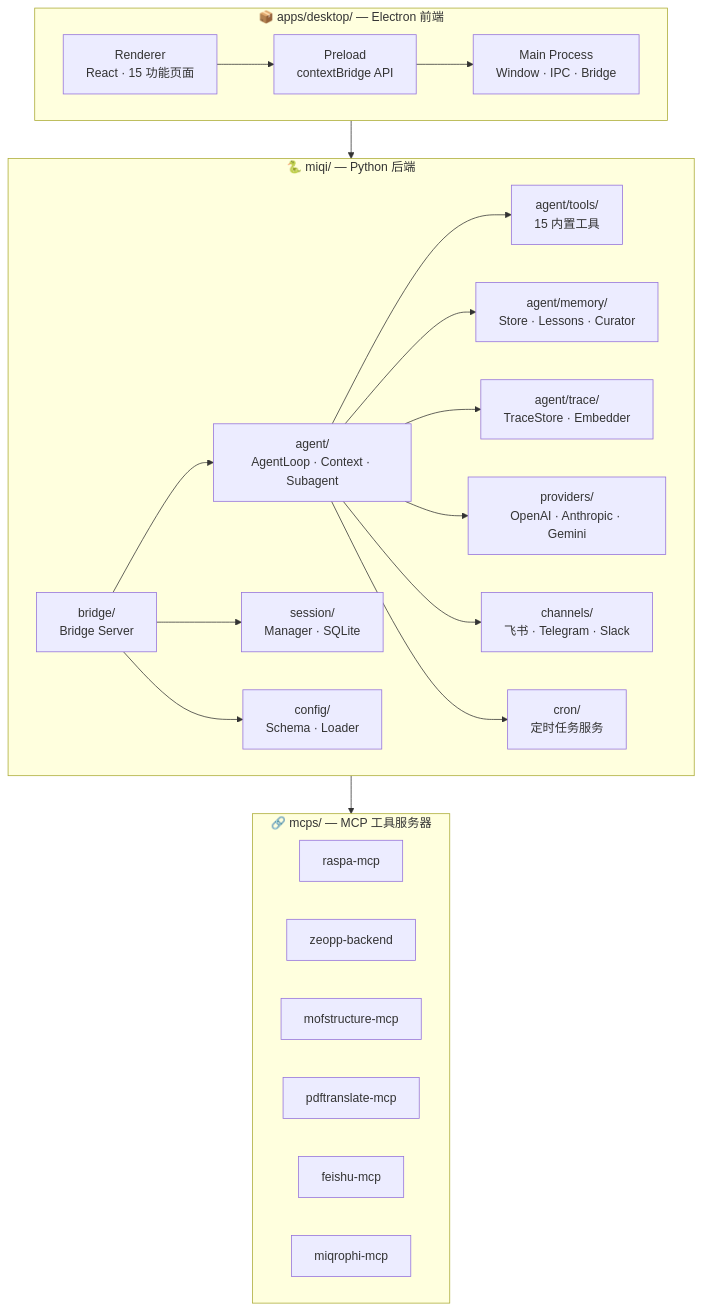
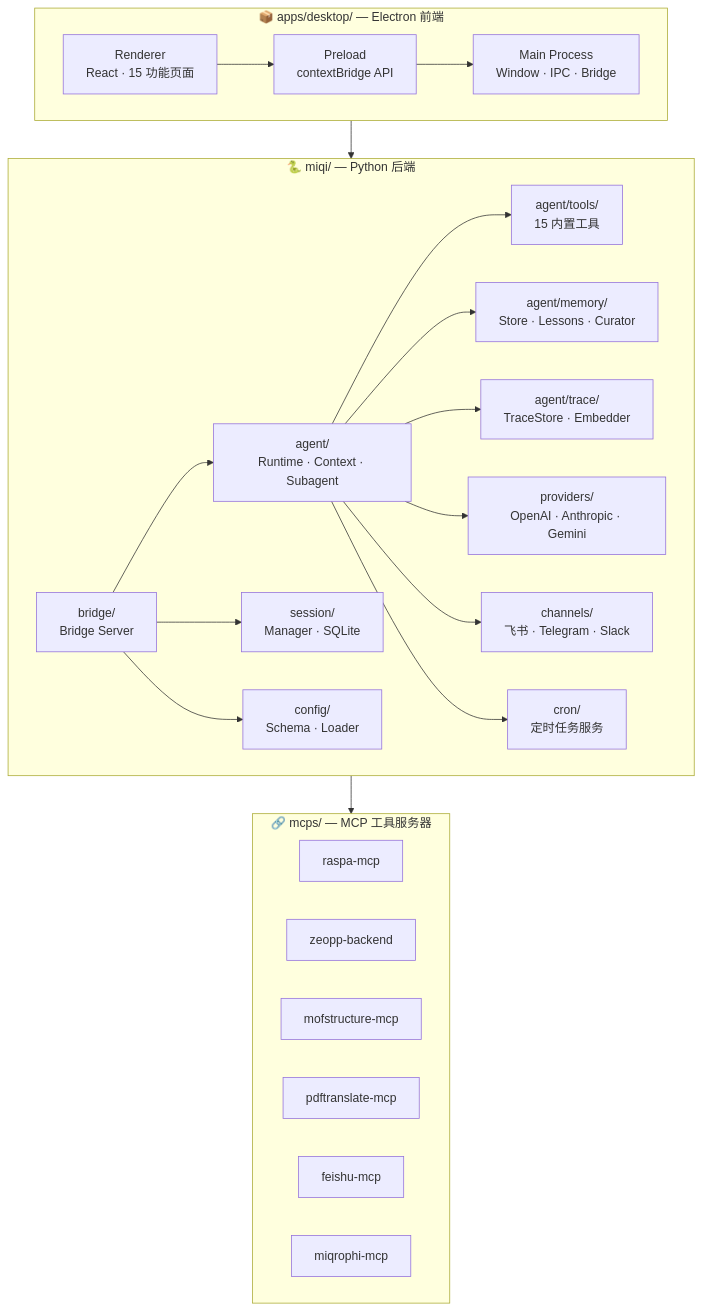
The diagram in docs/architecture/project-structure.md (14790897/MiQi), drawn with Mermaid before and after one commit. The commit also changed other lines of this file and 22 other files, not shown here.

Commit message:
docs(architecture): describe runtime-owned execution

````diff
--- a/docs/architecture/project-structure.md
+++ b/docs/architecture/project-structure.md
@@ -5,46 +5,46 @@
 ```mermaid
 graph TB
     subgraph APPS["📦 apps/desktop/ — Electron 前端"]
         direction LR
         MAIN["Main Process<br/>Window · IPC · Bridge"]
         RENDERER["Renderer<br/>React · 15 功能页面"]
         PRELOAD["Preload<br/>contextBridge API"]
     end
 
     subgraph MIQI["🐍 miqi/ — Python 后端"]
         direction LR
-        AGENT["agent/<br/>AgentLoop · Context · Subagent"]
+        AGENT["agent/<br/>Runtime · Context · Subagent"]
         TOOLS["agent/tools/<br/>15 内置工具"]
         BRIDGE["bridge/<br/>Bridge Server"]
         MEMORY["agent/memory/<br/>Store · Lessons · Curator"]
         TRACE["agent/trace/<br/>TraceStore · Embedder"]
         PROVIDERS["providers/<br/>OpenAI · Anthropic · Gemini"]
         SESSION["session/<br/>Manager · SQLite"]
         CONFIG["config/<br/>Schema · Loader"]
         CHANNELS["channels/<br/>飞书 · Telegram · Slack"]
         CRON["cron/<br/>定时任务服务"]
     end
 
     subgraph MCPS["🔗 mcps/ — MCP 工具服务器"]
         direction LR
         RASPA["raspa-mcp"]
         ZEO["zeopp-backend"]
         MOFSTRUCT["mofstructure-mcp"]
         PDFTL["pdftranslate-mcp"]
         FEISHU["feishu-mcp"]
         MIQRO["miqrophi-mcp"]
     end
 
     RENDERER --> PRELOAD --> MAIN
     MAIN --> BRIDGE
     BRIDGE --> AGENT
     AGENT --> TOOLS
     AGENT --> MEMORY
     AGENT --> TRACE
     AGENT --> PROVIDERS
     BRIDGE --> SESSION
     BRIDGE --> CONFIG
     TOOLS --> MCPS
     AGENT --> CHANNELS
     AGENT --> CRON
 ```
````
